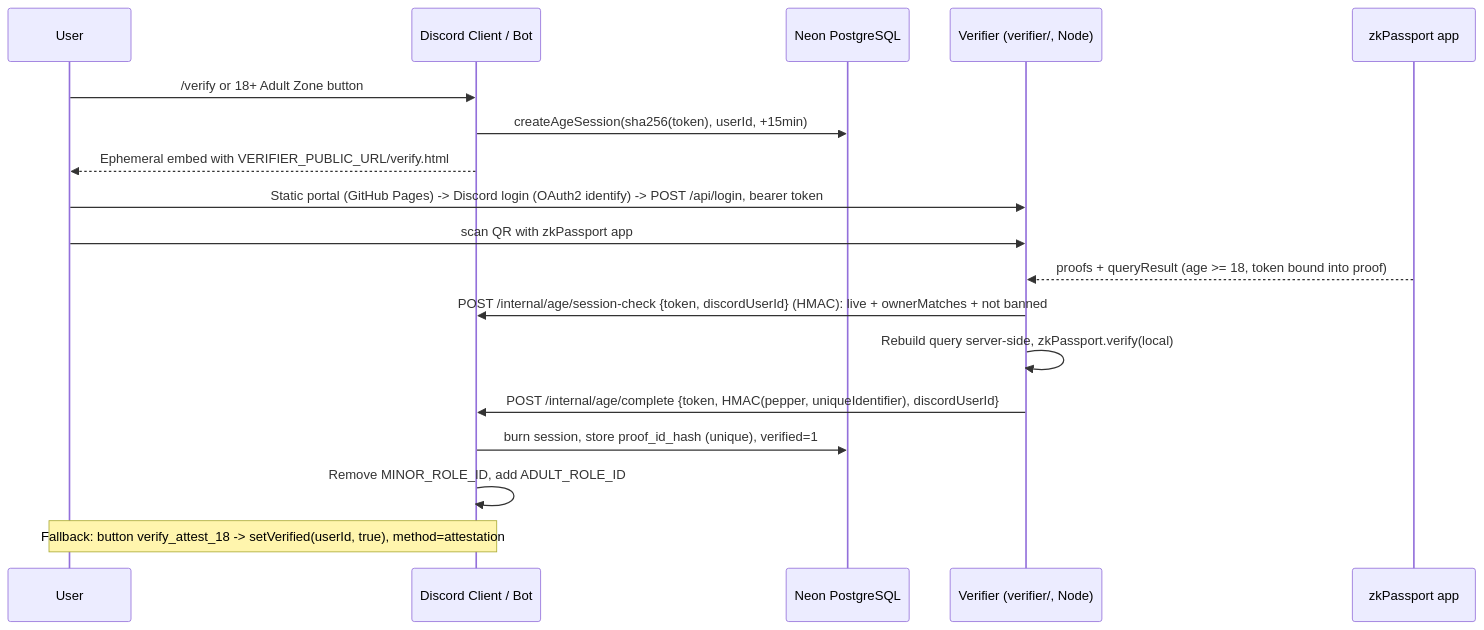
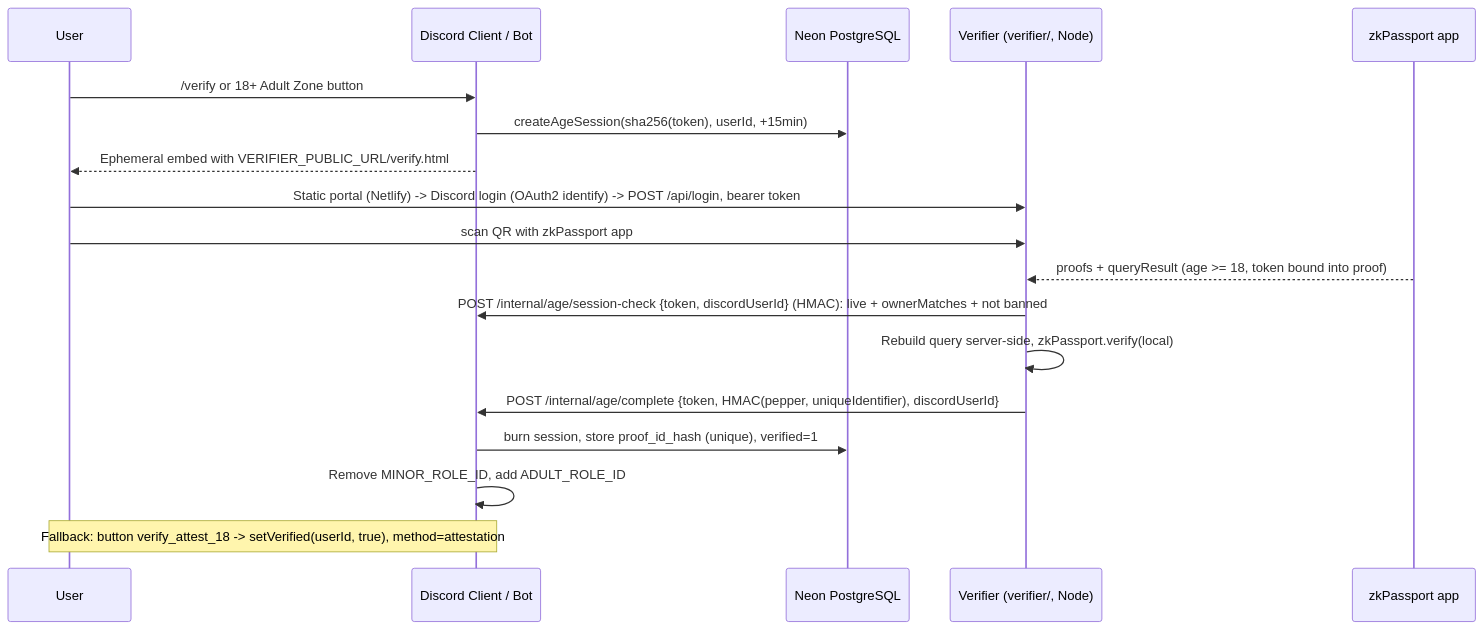
The first of 2 diagrams in CHECKPOINTS.md (GlitchMatcha/AMORABot), drawn with Mermaid before and after one commit. The commit also changed other lines of this file and 6 other files, not shown here.

````diff
--- a/CHECKPOINTS.md
+++ b/CHECKPOINTS.md
@@ -248,21 +248,21 @@
 ```mermaid
 sequenceDiagram
     participant User
     participant Discord as Discord Client / Bot
     participant DB as Neon PostgreSQL
     participant V as Verifier (verifier/, Node)
     participant App as zkPassport app
 
     User->>Discord: /verify or 18+ Adult Zone button
     Discord->>DB: createAgeSession(sha256(token), userId, +15min)
     Discord-->>User: Ephemeral embed with VERIFIER_PUBLIC_URL/verify.html#s=token
-    User->>V: Static portal (GitHub Pages) -> Discord login (OAuth2 identify) -> POST /api/login, bearer token
+    User->>V: Static portal (Netlify) -> Discord login (OAuth2 identify) -> POST /api/login, bearer token
     User->>V: scan QR with zkPassport app
     App-->>V: proofs + queryResult (age >= 18, token bound into proof)
     V->>Discord: POST /internal/age/session-check {token, discordUserId} (HMAC): live + ownerMatches + not banned
     V->>V: Rebuild query server-side, zkPassport.verify(local)
     V->>Discord: POST /internal/age/complete {token, HMAC(pepper, uniqueIdentifier), discordUserId}
     Discord->>DB: burn session, store proof_id_hash (unique), verified=1
     Discord->>Discord: Remove MINOR_ROLE_ID, add ADULT_ROLE_ID
     Note over User,Discord: Fallback: button verify_attest_18 -> setVerified(userId, true), method=attestation
 ```
````
